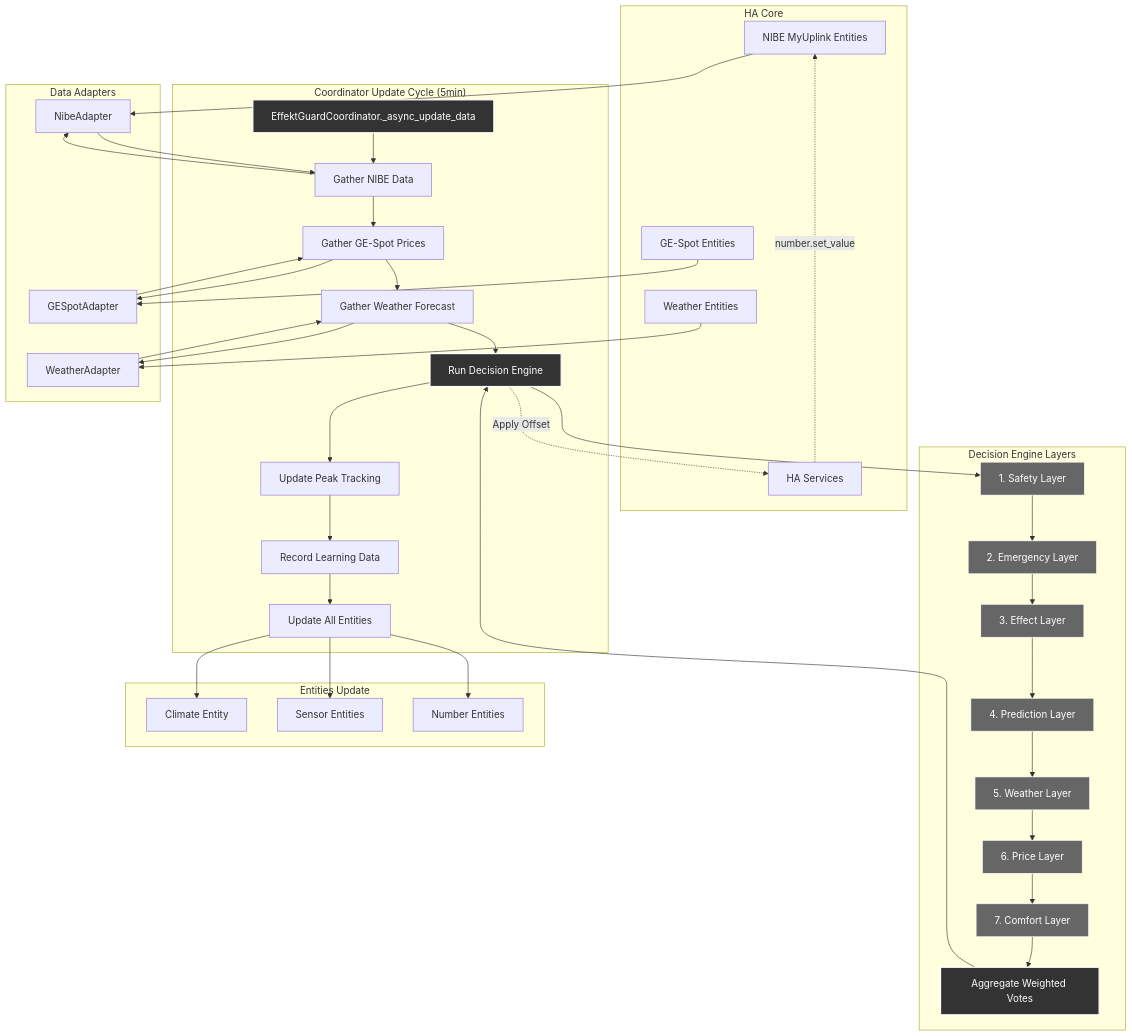
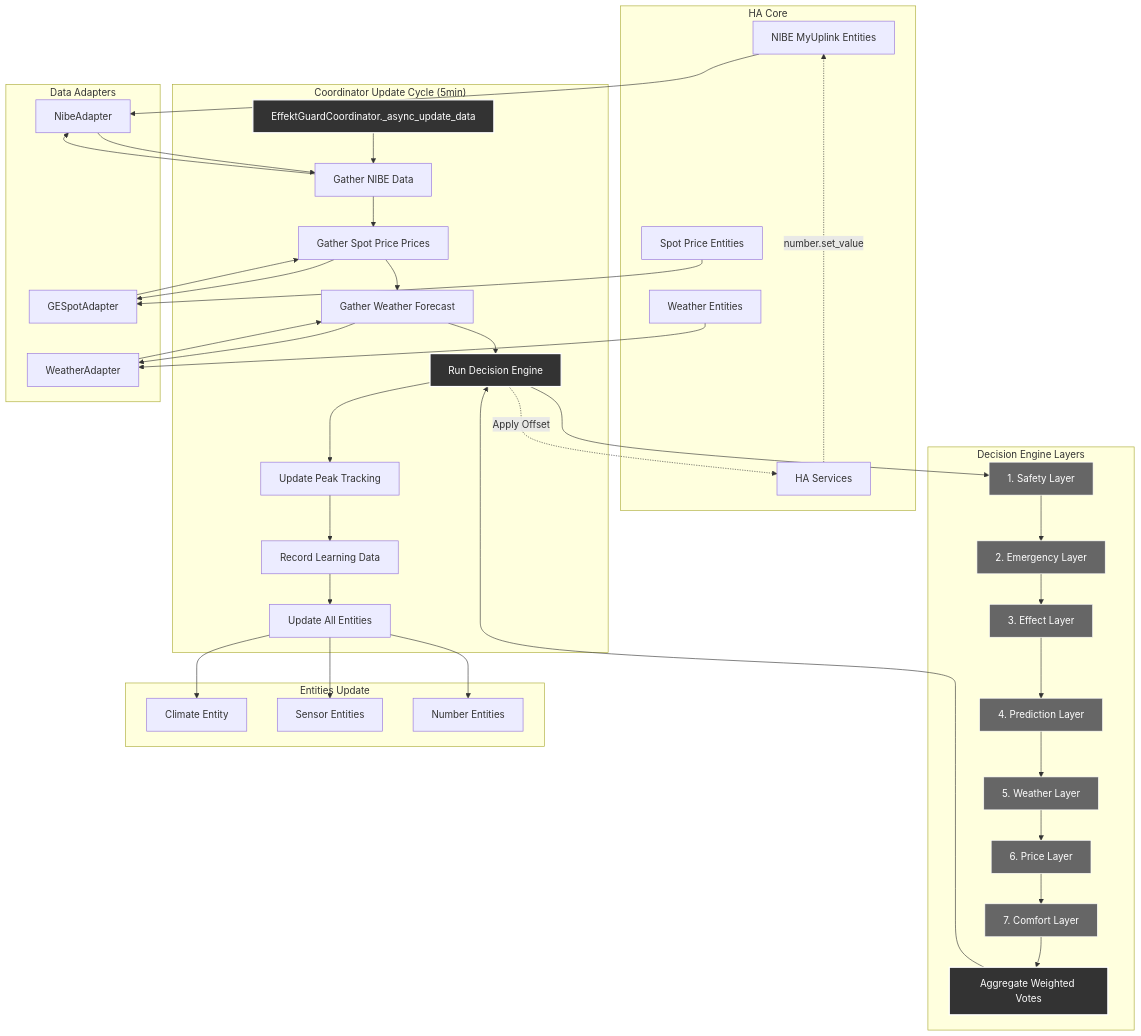
One commit to enoch85/EffektGuard changed the diagram in docs/architecture/01_normal_optimization_cycle.md. Above: the diagram before and after it, drawn with Mermaid. The commit also changed other lines of this file and 30 other files, not shown here.

```diff
--- a/docs/architecture/01_normal_optimization_cycle.md
+++ b/docs/architecture/01_normal_optimization_cycle.md
@@ -6,7 +6,7 @@
 flowchart TD
     subgraph "HA Core"
         A[NIBE MyUplink Entities]
-        B[GE-Spot Entities] 
+        B[Spot Price Entities] 
         C[Weather Entities]
         D[HA Services]
     end
@@ -14,7 +14,7 @@
     subgraph "Coordinator Update Cycle (5min)"
         E[EffektGuardCoordinator._async_update_data]
         F[Gather NIBE Data]
-        G[Gather GE-Spot Prices]
+        G[Gather Spot Price Prices]
         H[Gather Weather Forecast]
         I[Run Decision Engine]
         J[Update Peak Tracking]
```
